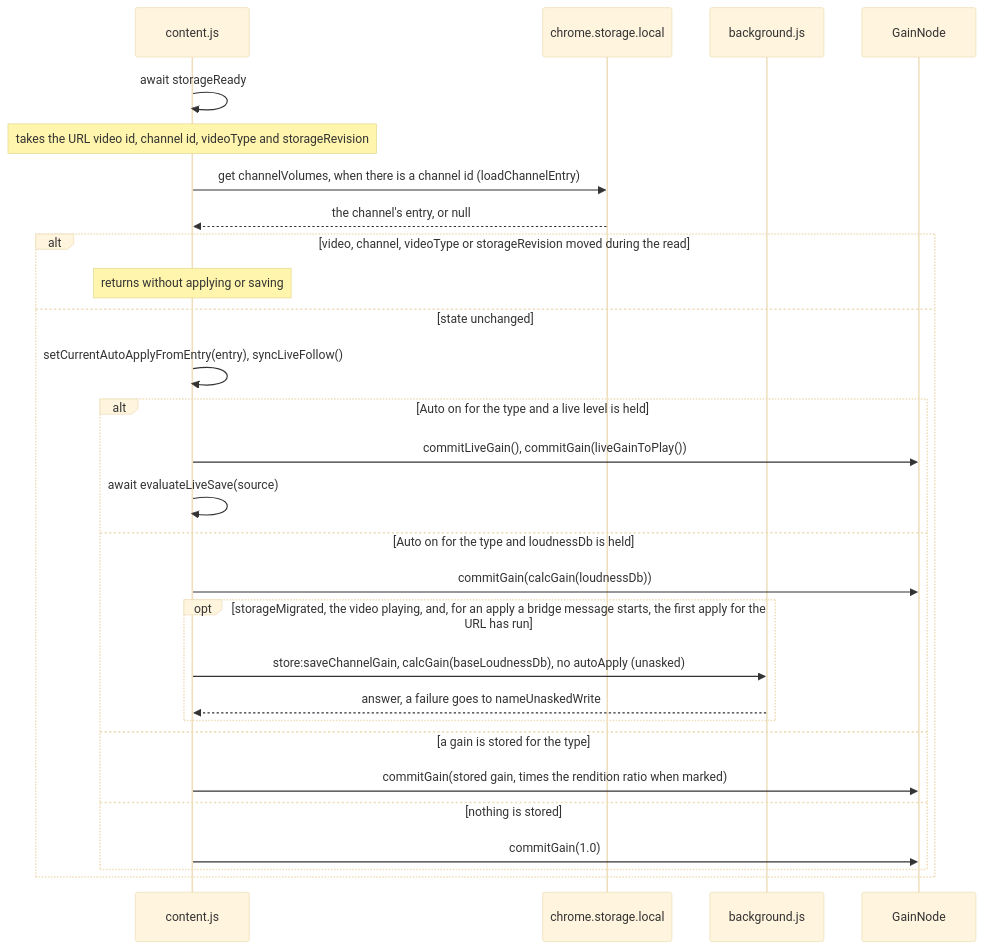
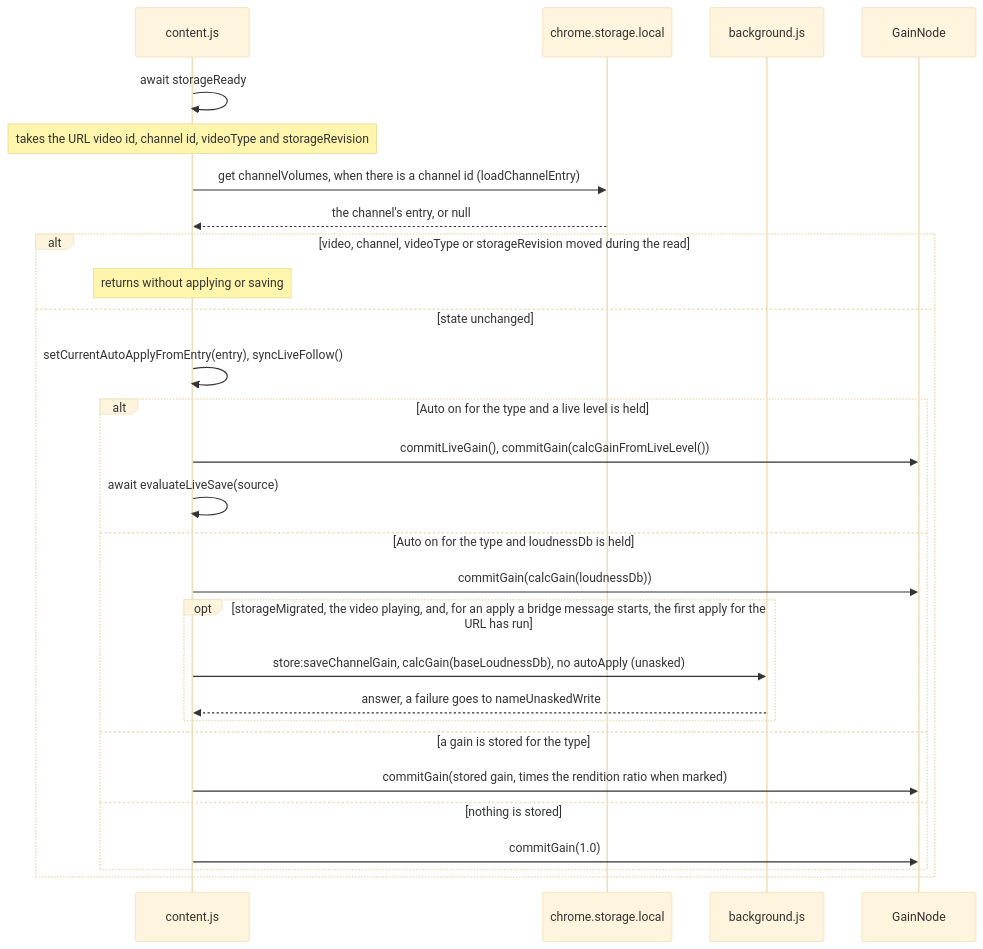
One commit to semnil/yt-channel-volume changed the second of 14 diagrams in docs/gain-change-and-save.md. Above: the diagram before and after it, drawn with Mermaid (base theme). The commit also changed other lines of this file and 4 other files, not shown here.

Commit message:
docs: describe the live follow as playing the gain the level asks for every second

````diff
--- a/docs/gain-change-and-save.md
+++ b/docs/gain-change-and-save.md
@@ -120,30 +120,30 @@
 ```mermaid
 sequenceDiagram
   participant C as content.js
   participant S as chrome.storage.local
   participant W as background.js
   participant G as GainNode
   C->>C: await storageReady
   Note over C: takes the URL video id, channel id, videoType and storageRevision
   C->>S: get channelVolumes, when there is a channel id (loadChannelEntry)
   S-->>C: the channel's entry, or null
   alt video, channel, videoType or storageRevision moved during the read
     Note over C: returns without applying or saving
   else state unchanged
     C->>C: setCurrentAutoApplyFromEntry(entry), syncLiveFollow()
     alt Auto on for the type and a live level is held
-      C->>G: commitLiveGain(), commitGain(liveGainToPlay())
+      C->>G: commitLiveGain(), commitGain(calcGainFromLiveLevel())
       C->>C: await evaluateLiveSave(source)
     else Auto on for the type and loudnessDb is held
       C->>G: commitGain(calcGain(loudnessDb))
       opt storageMigrated, the video playing, and, for an apply a bridge message starts, the first apply for the URL has run
         C->>W: store:saveChannelGain, calcGain(baseLoudnessDb), no autoApply (unasked)
         W-->>C: answer, a failure goes to nameUnaskedWrite
       end
     else a gain is stored for the type
       C->>G: commitGain(stored gain, times the rendition ratio when marked)
     else nothing is stored
       C->>G: commitGain(1.0)
     end
   end
 ```
````
